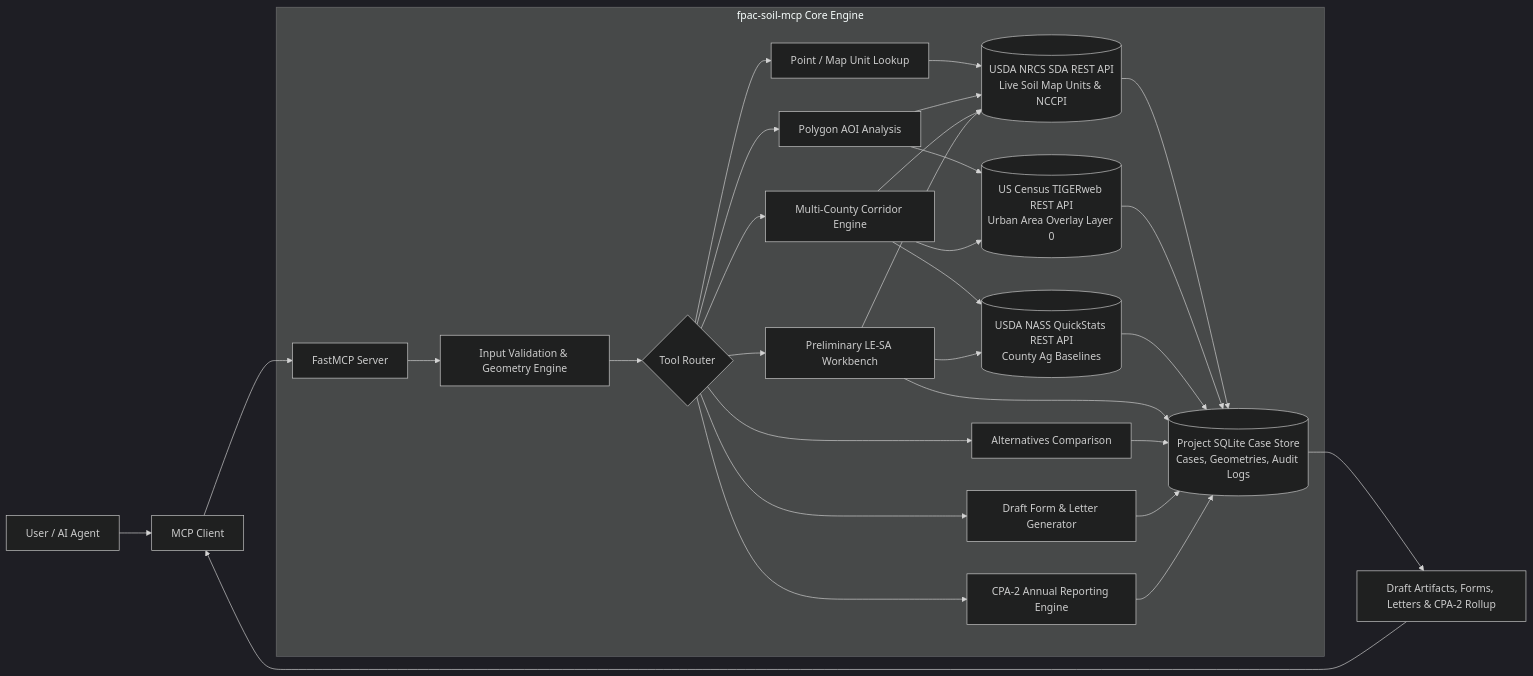
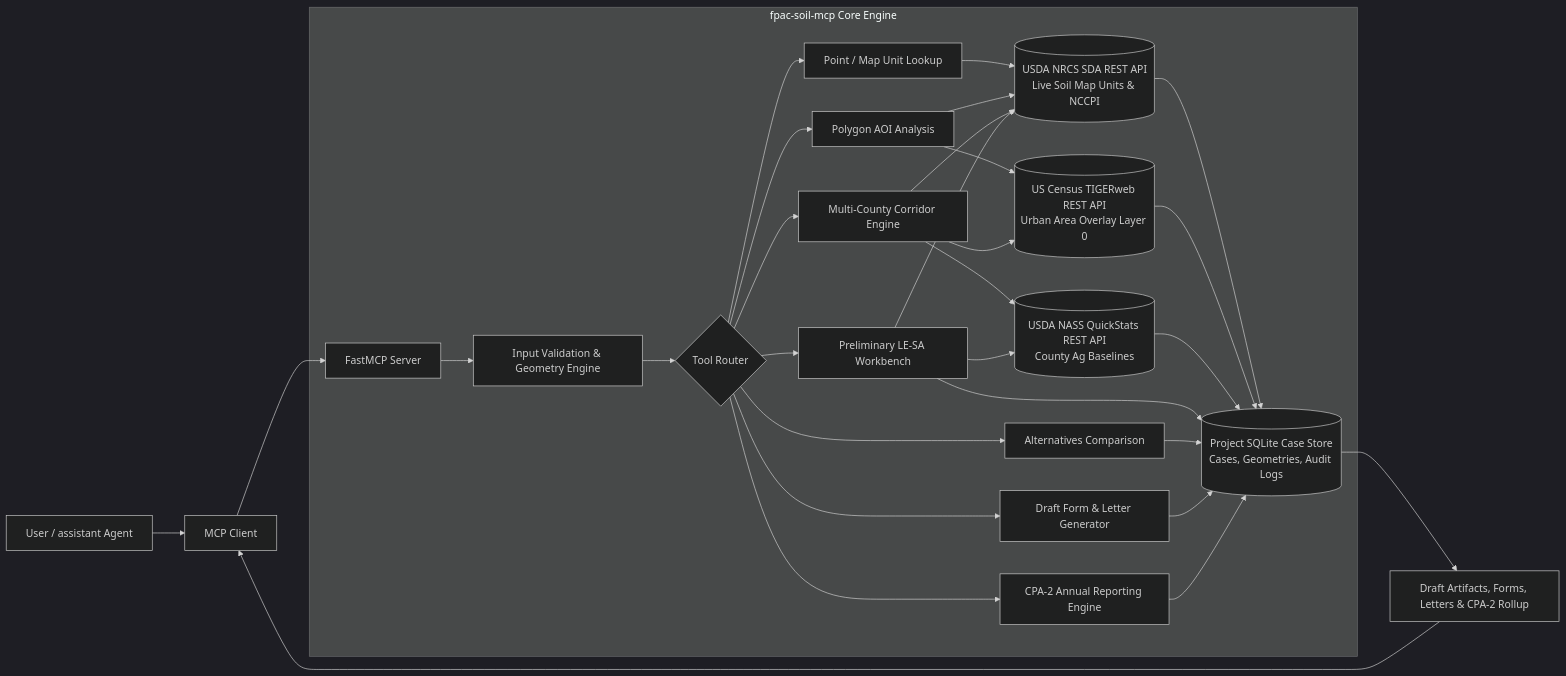
One commit to AndrewBrown-USDA/fpac-soil-mcp changed the first of 2 diagrams in planning/MASTER_PLAN.md. Above: the diagram before and after it, drawn with Mermaid (dark theme). The commit also changed other lines of this file and 27 other files, not shown here.

Commit message:
docs(readme): restore architecture detail and terminology

````diff
--- a/planning/MASTER_PLAN.md
+++ b/planning/MASTER_PLAN.md
@@ -63,37 +63,37 @@
 ```mermaid
 flowchart LR
-    U["User / AI Agent"] --> H["MCP Client"]
+    U["User / assistant Agent"] --> H["MCP Client"]
     H --> M["FastMCP Server"]
 
     subgraph Core ["fpac-soil-mcp Core Engine"]
         M --> V["Input Validation & Geometry Engine"]
         V --> T{"Tool Router"}
         T --> PT["Point / Map Unit Lookup"]
         T --> AOI["Polygon AOI Analysis"]
         T --> COR["Multi-County Corridor Engine"]
         T --> LESA["Preliminary LE-SA Workbench"]
         T --> ALT["Alternatives Comparison"]
         T --> DOC["Draft Form & Letter Generator"]
         T --> CPA2["CPA-2 Annual Reporting Engine"]
 
         PT --> SDA[("USDA NRCS SDA REST API\nLive Soil Map Units & NCCPI")]
         AOI --> SDA
         COR --> SDA
         AOI --> TIGER[("US Census TIGERweb REST API\nUrban Area Overlay Layer 0")]
         COR --> TIGER
         COR --> NASS[("USDA NASS QuickStats REST API\nCounty Ag Baselines")]
         LESA --> NASS
         LESA --> SDA
 
         SDA --> DB[("Project SQLite Case Store\nCases, Geometries, Audit Logs")]
         TIGER --> DB
         NASS --> DB
         LESA --> DB
         ALT --> DB
         DOC --> DB
         CPA2 --> DB
     end
 
     DB --> OUT["Draft Artifacts, Forms, Letters & CPA-2 Rollup"]
     OUT --> H
 ```
````
